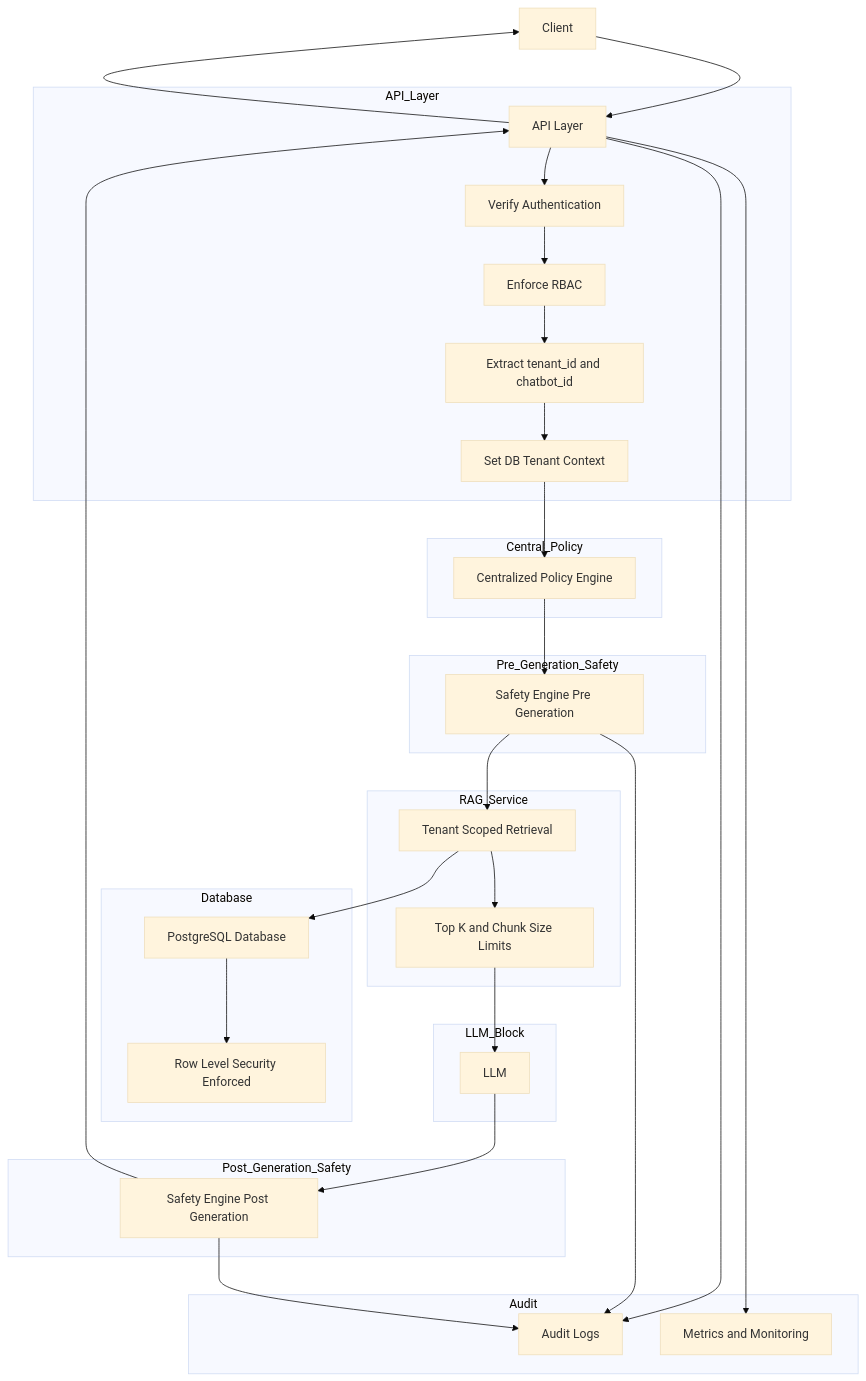
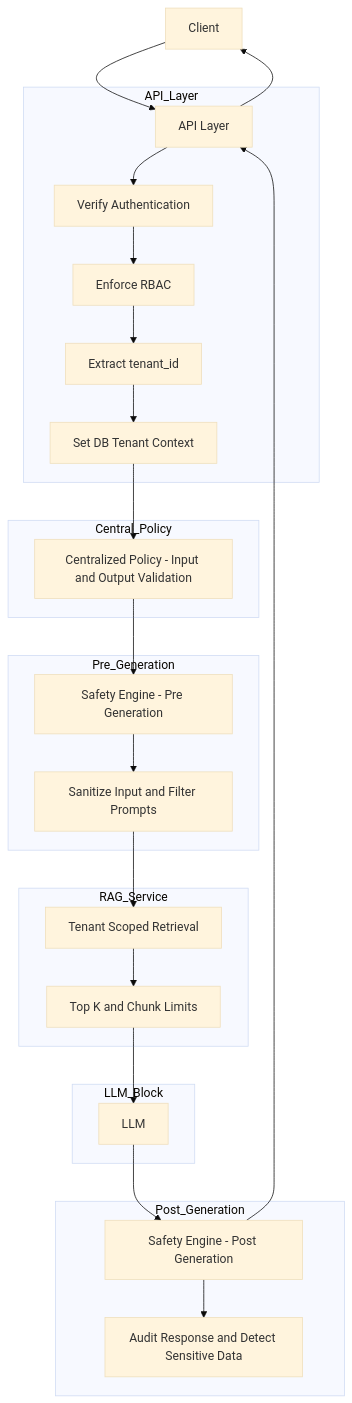
The diagram in README.md (nada0038/Secure_RAG_Architecture-Capstone-), drawn with Mermaid (base theme) before and after one commit.

Commit message:
Refactor diagrams in README for clarity

````diff
--- a/README.md
+++ b/README.md
@@ -216,62 +216,49 @@
 ```mermaid
 flowchart TD
 
     Client --> API
 
     subgraph API_Layer
         API[API Layer]
         Auth[Verify Authentication]
         RBAC[Enforce RBAC]
-        Tenant[Extract tenant_id and chatbot_id]
-        DBContext[Set DB Tenant Context]
+        Tenant[Extract tenant_id]
+        Context[Set DB Tenant Context]
 
-        API --> Auth --> RBAC --> Tenant --> DBContext
+        API --> Auth --> RBAC --> Tenant --> Context
     end
 
-    subgraph Central_Policy
-        Policy[Centralized Policy Engine]
-    end
-
-    subgraph Pre_Generation_Safety
-        PreSafety[Safety Engine Pre Generation]
+    subgraph Pre_Generation
+        PreSafety[Safety Engine - Pre Generation]
+        PreChecks[Sanitize Input and Filter Prompts]
+        PreSafety --> PreChecks
     end
 
     subgraph RAG_Service
         Retriever[Tenant Scoped Retrieval]
-        Limits[Top K and Chunk Size Limits]
+        Limits[Top K and Chunk Limits]
         Retriever --> Limits
     end
 
-    subgraph Database
-        DB[PostgreSQL Database]
-        RLS[Row Level Security Enforced]
-        DB --> RLS
+    subgraph Central_Policy
+        Policy[Centralized Policy - Input and Output Validation]
     end
 
     subgraph LLM_Block
         LLM[LLM]
     end
 
-    subgraph Post_Generation_Safety
-        PostSafety[Safety Engine Post Generation]
+    subgraph Post_Generation
+        PostSafety[Safety Engine - Post Generation]
+        OutputChecks[Audit Response and Detect Sensitive Data]
+        PostSafety --> OutputChecks
     end
 
-    subgraph Audit
-        Logs[Audit Logs]
-        Metrics[Metrics and Monitoring]
-    end
-
-    DBContext --> Policy
+    Context --> Policy
     Policy --> PreSafety
-    PreSafety --> Retriever
-    Retriever --> DB
+    PreChecks --> Retriever
     Limits --> LLM
     LLM --> PostSafety
     PostSafety --> API
     API --> Client
-
-    API --> Logs
-    PreSafety --> Logs
-    PostSafety --> Logs
-    API --> Metrics
 ```
````
